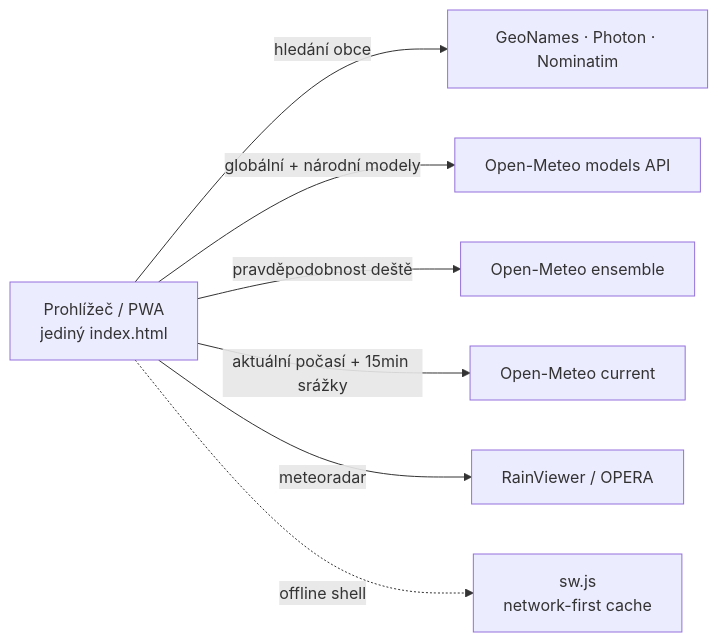
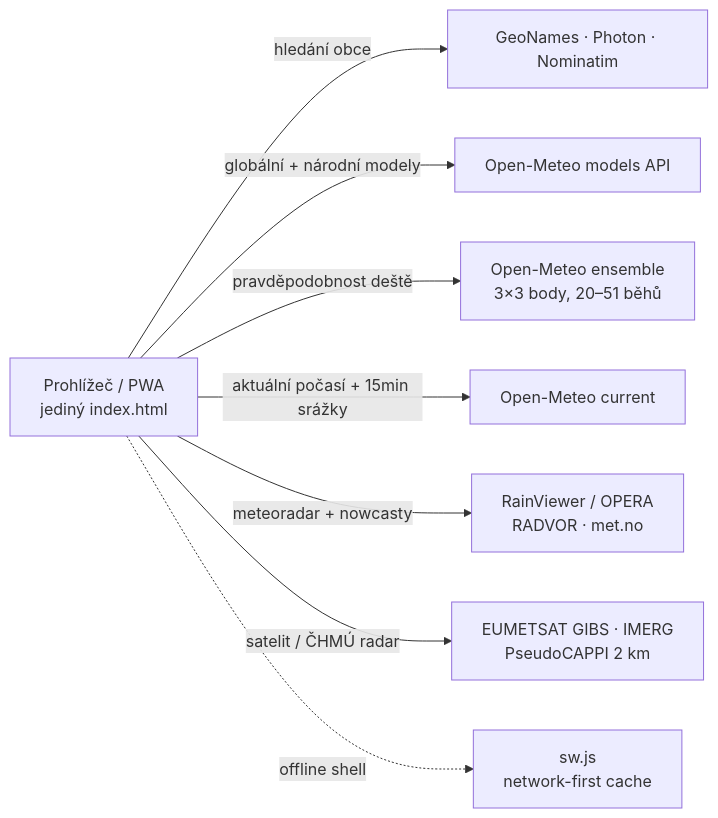
The diagram in README.md (daviscoder123/bude_prset), drawn with Mermaid before and after one commit. The commit also changed other lines of this file and 8 other files, not shown here.

````diff
--- a/README.md
+++ b/README.md
@@ -40,9 +59,10 @@
 ```mermaid
 flowchart LR
     A["Prohlížeč / PWA<br>jediný index.html"] -->|hledání obce| G["GeoNames · Photon · Nominatim"]
     A -->|globální + národní modely| M["Open-Meteo models API"]
-    A -->|pravděpodobnost deště| E["Open-Meteo ensemble"]
+    A -->|pravděpodobnost deště| E["Open-Meteo ensemble<br>3×3 body, 20–51 běhů"]
     A -->|aktuální počasí + 15min srážky| C["Open-Meteo current"]
-    A -->|meteoradar| R["RainViewer / OPERA"]
+    A -->|meteoradar + nowcasty| R["RainViewer / OPERA<br>RADVOR · met.no"]
+    A -->|satelit / ČHMÚ radar| X["EUMETSAT GIBS · IMERG<br>PseudoCAPPI 2 km"]
     A -.->|offline shell| S["sw.js<br>network-first cache"]
 ```
````
